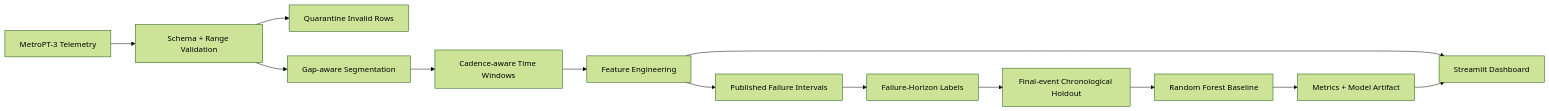
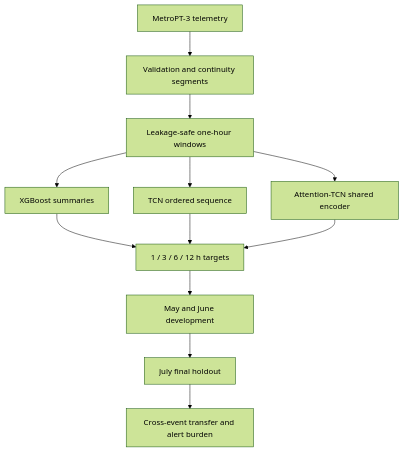
The diagram in README.md (SahilBh01r1769/metropt3-predictive-maintenance), drawn with Mermaid (forest theme) before and after one commit. The commit also changed other lines of this file and 2 other files, not shown here.

````diff
--- a/README.md
+++ b/README.md
@@ -30,15 +32,14 @@
 ```mermaid
-flowchart LR
-    A[MetroPT-3 Telemetry] --> B[Schema + Range Validation]
-    B --> C[Quarantine Invalid Rows]
-    B --> D[Gap-aware Segmentation]
-    D --> E[Cadence-aware Time Windows]
-    E --> F[Feature Engineering]
-    F --> G[Published Failure Intervals]
-    G --> H[Failure-Horizon Labels]
-    H --> I[Final-event Chronological Holdout]
-    I --> J[Random Forest Baseline]
-    J --> K[Metrics + Model Artifact]
-    F --> L[Streamlit Dashboard]
-    K --> L
+flowchart TD
+    A["MetroPT-3 telemetry"] --> B["Validation and continuity segments"]
+    B --> C["Leakage-safe one-hour windows"]
+    C --> D["XGBoost summaries"]
+    C --> E["TCN ordered sequence"]
+    C --> F["Attention-TCN shared encoder"]
+    D --> G["1 / 3 / 6 / 12 h targets"]
+    E --> G
+    F --> G
+    G --> H["May and June development"]
+    H --> I["July final holdout"]
+    I --> J["Cross-event transfer and alert burden"]
 ```
````
